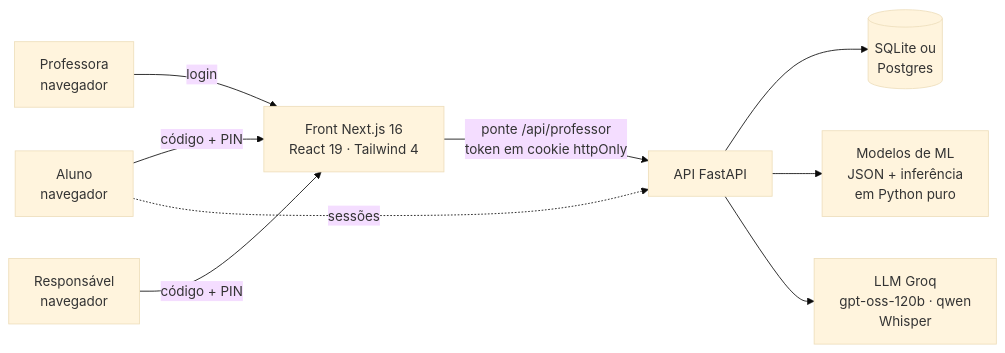
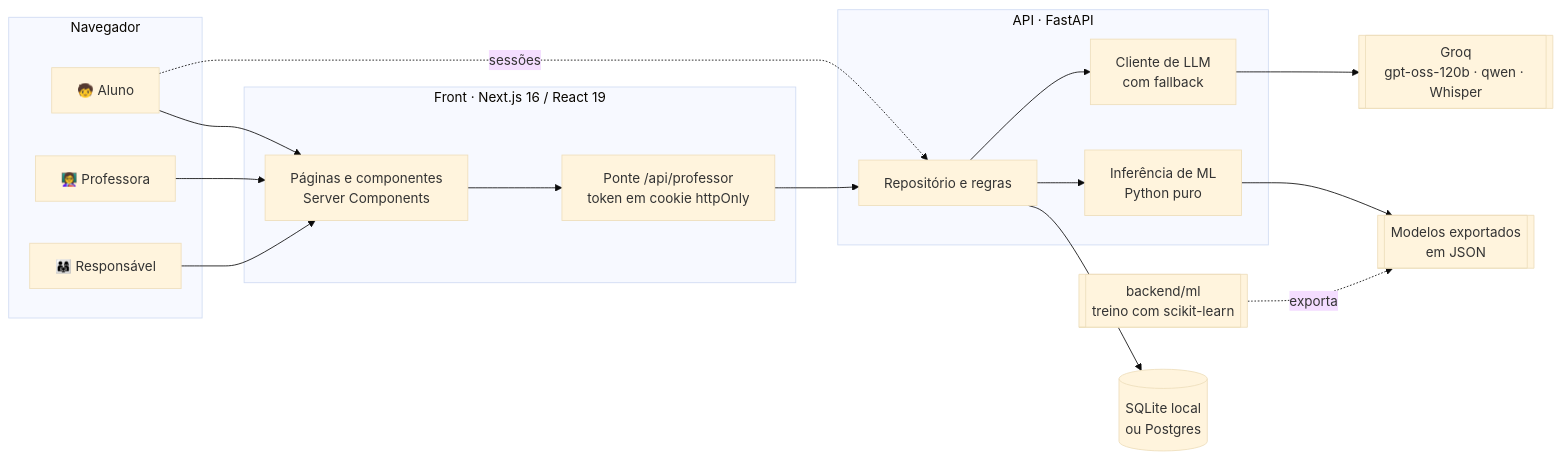
Before and after one commit to Bernardocfguimaraes/trilha: the diagram in README.md, drawn with Mermaid (base theme). The commit also changed other lines of this file, not shown here.

Commit message:
Atualizando o readme com base nas mudanças novas do projeto

````diff
--- a/README.md
+++ b/README.md
@@ -36,11 +172,34 @@
 ```mermaid
 flowchart LR
-  A[Aluno<br/>navegador] -->|código + PIN| F
-  P[Professora<br/>navegador] -->|login| F
-  R[Responsável<br/>navegador] -->|código + PIN| F
-  F[Front Next.js 16<br/>React 19 · Tailwind 4] -->|ponte /api/professor<br/>token em cookie httpOnly| B
-  A -.->|sessões| B
-  B[API FastAPI] --> D[(SQLite ou<br/>Postgres)]
-  B --> M[Modelos de ML<br/>JSON + inferência<br/>em Python puro]
-  B --> L[LLM Groq<br/>gpt-oss-120b · qwen<br/>Whisper]
+  subgraph Navegador
+    A[🧒 Aluno]
+    P[👩‍🏫 Professora]
+    R[👨‍👩‍👧 Responsável]
+  end
+
+  subgraph Front["Front · Next.js 16 / React 19"]
+    UI[Páginas e componentes<br/>Server Components]
+    BFF[Ponte /api/professor<br/>token em cookie httpOnly]
+  end
+
+  subgraph API["API · FastAPI"]
+    REPO[Repositório e regras]
+    ML[Inferência de ML<br/>Python puro]
+    LLM[Cliente de LLM<br/>com fallback]
+  end
+
+  DB[(SQLite local<br/>ou Postgres)]
+  MOD[[Modelos exportados<br/>em JSON]]
+  GROQ[[Groq<br/>gpt-oss-120b · qwen · Whisper]]
+  TREINO[[backend/ml<br/>treino com scikit-learn]]
+
+  A --> UI
+  P --> UI
+  R --> UI
+  UI --> BFF --> REPO
+  A -. sessões .-> REPO
+  REPO --> DB
+  REPO --> ML --> MOD
+  REPO --> LLM --> GROQ
+  TREINO -. exporta .-> MOD
 ```
````
